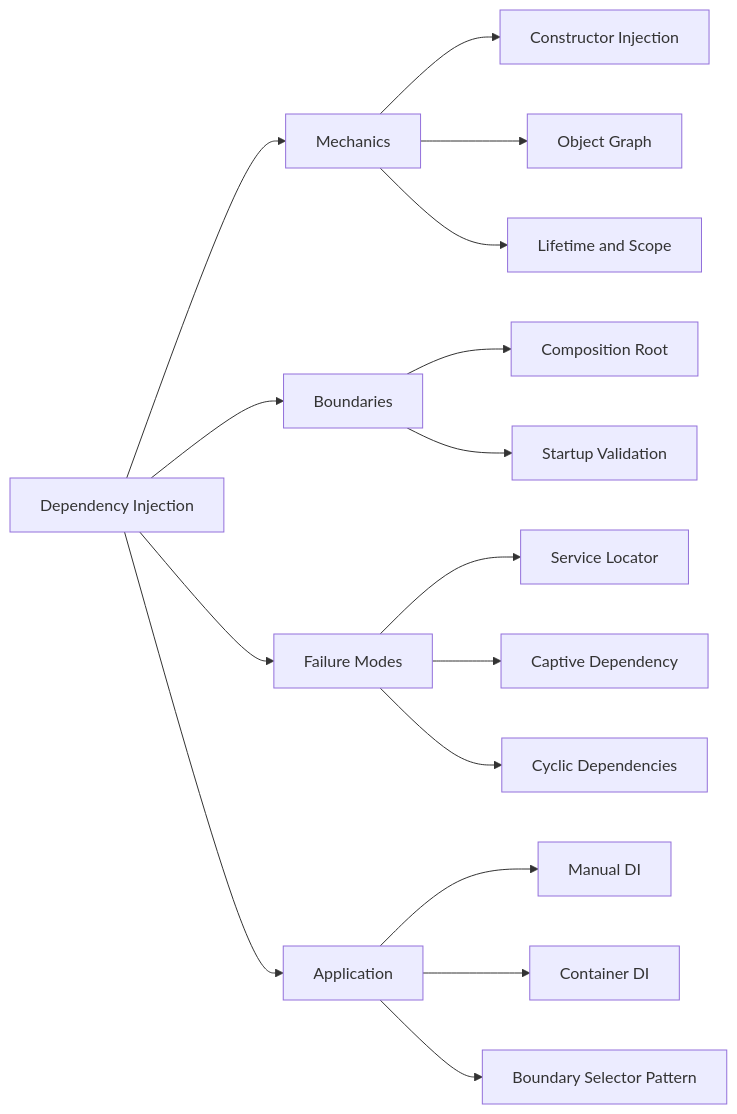
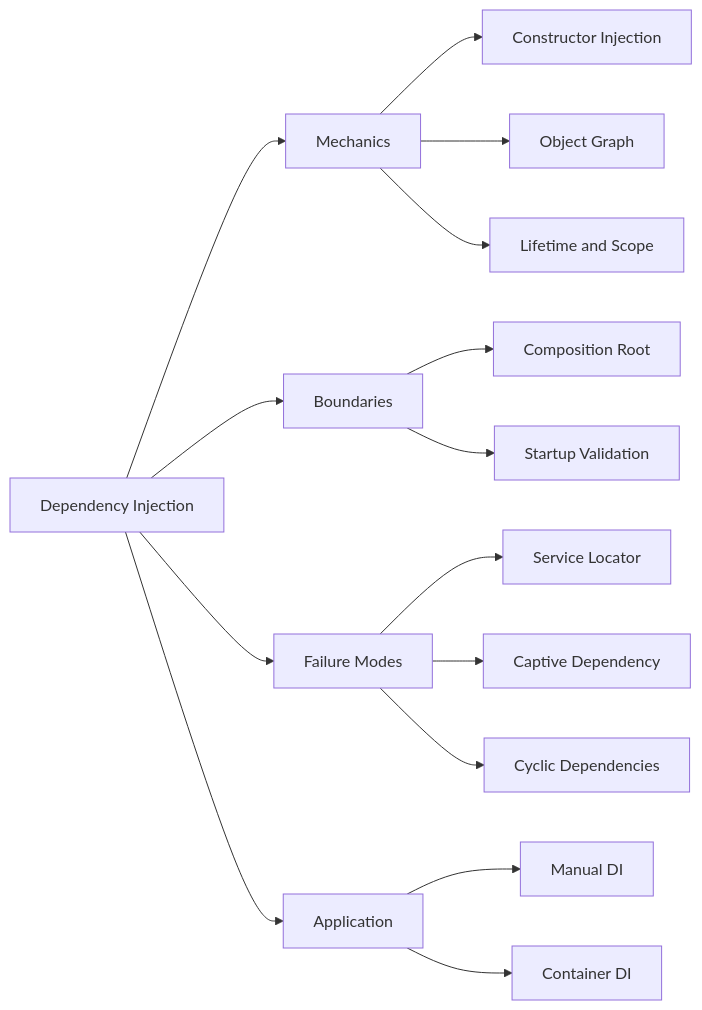
One commit to jeff-adkisson/swe-4743-spring-2026-oo-design changed diagram 21 of 22 in presentations/10-dependency-injection.md. Above: the diagram before and after it, drawn with Mermaid. The commit also changed other lines of this file and 2 other files, not shown here.

````diff
--- a/presentations/10-dependency-injection.md
+++ b/presentations/10-dependency-injection.md
@@ -1314,23 +1318,22 @@
 ```mermaid
 flowchart LR
     DI[Dependency Injection]
     DI --> MECH[Mechanics]
     DI --> BOUND[Boundaries]
     DI --> RISKS[Failure Modes]
     DI --> APPLY[Application]
 
     MECH --> CI[Constructor Injection]
     MECH --> OG2[Object Graph]
     MECH --> LIF[Lifetime and Scope]
 
     BOUND --> CR2[Composition Root]
     BOUND --> START[Startup Validation]
 
     RISKS --> SL[Service Locator]
     RISKS --> CAP[Captive Dependency]
     RISKS --> CYCLE[Cyclic Dependencies]
 
     APPLY --> MAN[Manual DI]
     APPLY --> CONT[Container DI]
-    APPLY --> SEL[Boundary Selector Pattern]
 ```
````
